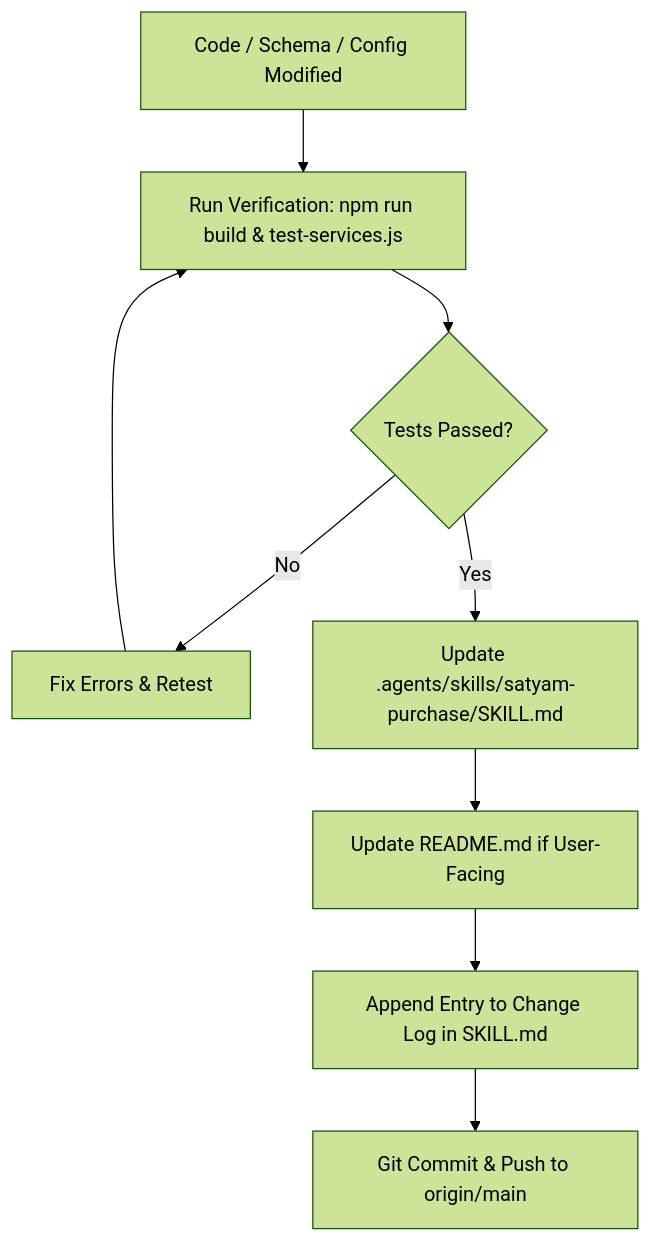
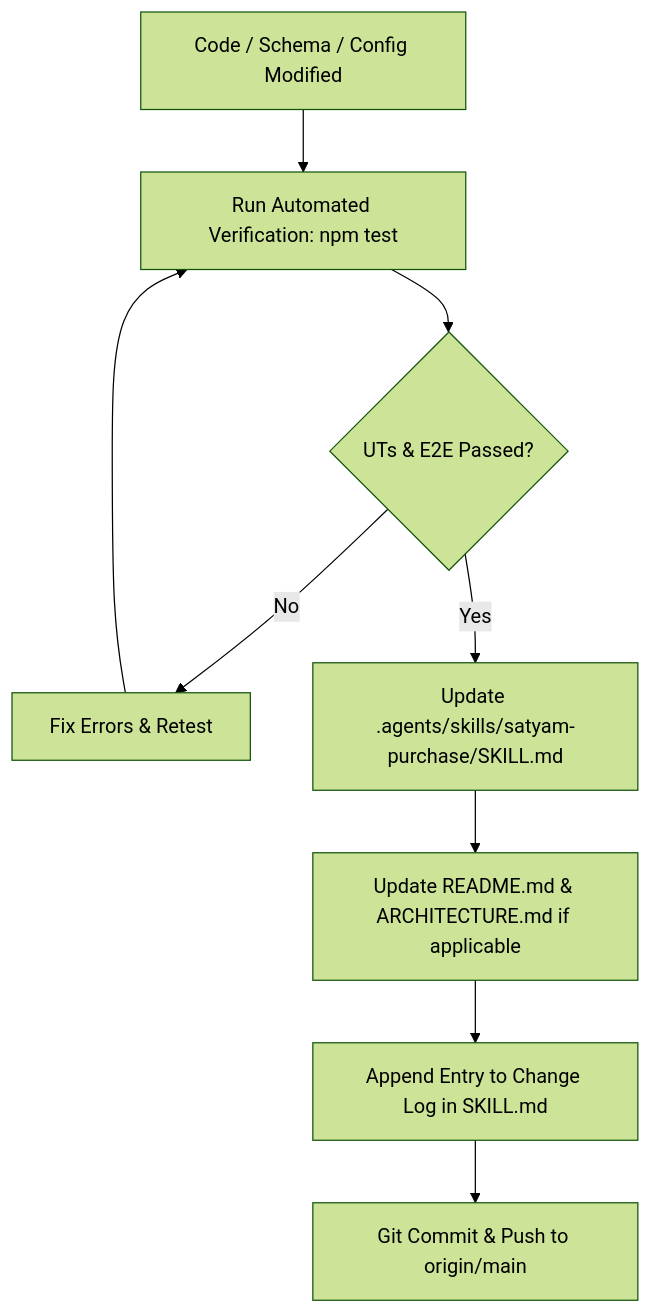
Before and after one commit to mahatva/satyam-purchase: the diagram in .agents/skills/satyam-purchase/SKILL.md, drawn with Mermaid (forest theme). The commit also changed other lines of this file and 1 other file, not shown here.

Commit message:
docs: document automated testing rule and auth persistence fix in SKILL.md and AGENTS.md

````diff
--- a/.agents/skills/satyam-purchase/SKILL.md
+++ b/.agents/skills/satyam-purchase/SKILL.md
@@ -146,11 +146,11 @@
 ```mermaid
 flowchart TD
-    A[Code / Schema / Config Modified] --> B[Run Verification: npm run build & test-services.js]
-    B --> C{Tests Passed?}
+    A[Code / Schema / Config Modified] --> B[Run Automated Verification: npm test]
+    B --> C{UTs & E2E Passed?}
     C -- No --> D[Fix Errors & Retest]
     D --> B
     C -- Yes --> E[Update .agents/skills/satyam-purchase/SKILL.md]
-    E --> F[Update README.md if User-Facing]
+    E --> F[Update README.md & ARCHITECTURE.md if applicable]
     F --> G[Append Entry to Change Log in SKILL.md]
     G --> H[Git Commit & Push to origin/main]
 ```
````
